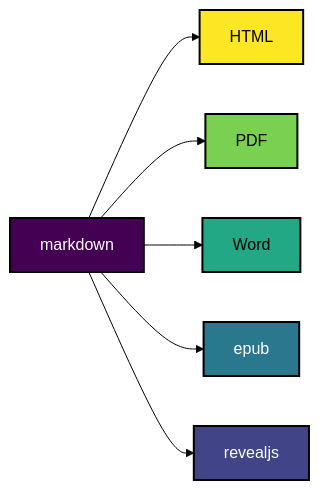
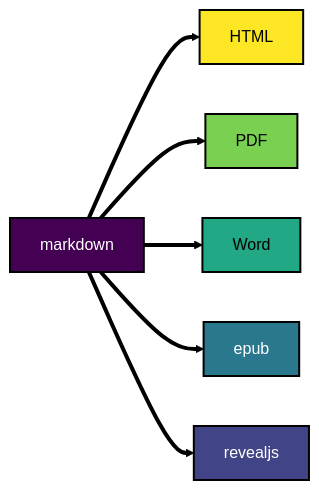
The diagram in data-driven-document-demo/index.qmd (agrogan1/dataviz), drawn with Mermaid (forest theme) before and after one commit. The commit also changed other lines of this file and 9 other files, not shown here.

````diff
--- a/data-driven-document-demo/index.qmd
+++ b/data-driven-document-demo/index.qmd
@@ -35,30 +36,32 @@
 ```{mermaid}
 %%| fig-cap: "One Source; Many Outputs"
 
 flowchart LR
 
   %% node class definitions
 
  classDef yellow fill:#FDE725,stroke:#000000,stroke-width:2px,color:#000000;
   
  classDef blue fill:#2A788E,stroke:#000000,stroke-width:2px,color:#FFFFFF;
   
  classDef darkgreen fill:#22A884,stroke:#000000,stroke-width:2px,color:#000000;
   
  classDef lightgreen fill:#7AD151,stroke:#000000,stroke-width:2px,color:#000000;
 
  classDef lightpurple fill:#414487,stroke:#000000,stroke-width:2px,color:#FFFFFF;
 
  classDef purple fill:#440154,stroke:#000000,stroke-width:2px,color:#FFFFFF;
  
  markdown:::purple --> HTML:::yellow
  
  markdown --> PDF:::lightgreen
  
  markdown --> Word:::darkgreen
  
  markdown --> epub:::blue
  
  markdown --> revealjs:::lightpurple
-  
+ 
+ linkStyle 0,1,2,3,4 stroke:black,stroke-width:4px,color:black;
+ 
 ```
````
